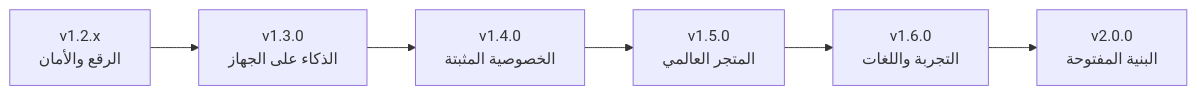
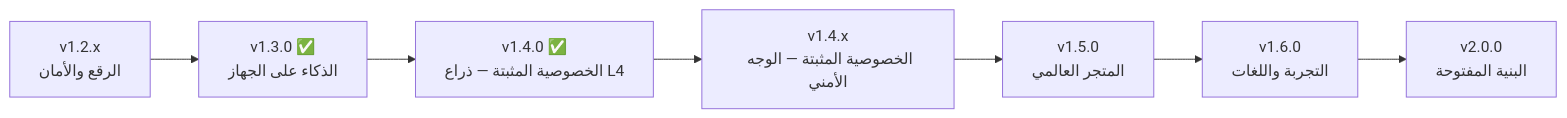
The first of 2 diagrams in docs/ROADMAP.md (CTO-DRS/DRS-Smart-Keyboard), drawn with Mermaid before and after one commit. The commit also changed other lines of this file and 7 other files, not shown here.

````diff
--- a/docs/ROADMAP.md
+++ b/docs/ROADMAP.md
@@ -58,8 +58,9 @@
 ```mermaid
 flowchart LR
-    A["v1.2.x<br/>الرقع والأمان"] --> B["v1.3.0<br/>الذكاء على الجهاز"]
-    B --> C["v1.4.0<br/>الخصوصية المثبتة"]
-    C --> D["v1.5.0<br/>المتجر العالمي"]
+    A["v1.2.x<br/>الرقع والأمان"] --> B["v1.3.0 ✅<br/>الذكاء على الجهاز"]
+    B --> C["v1.4.0 ✅<br/>الخصوصية المثبتة — ذراع L4"]
+    C --> C2["v1.4.x<br/>الخصوصية المثبتة — الوجه الأمني"]
+    C2 --> D["v1.5.0<br/>المتجر العالمي"]
     D --> E["v1.6.0<br/>التجربة واللغات"]
     E --> F["v2.0.0<br/>البنية المفتوحة"]
 ```
````
